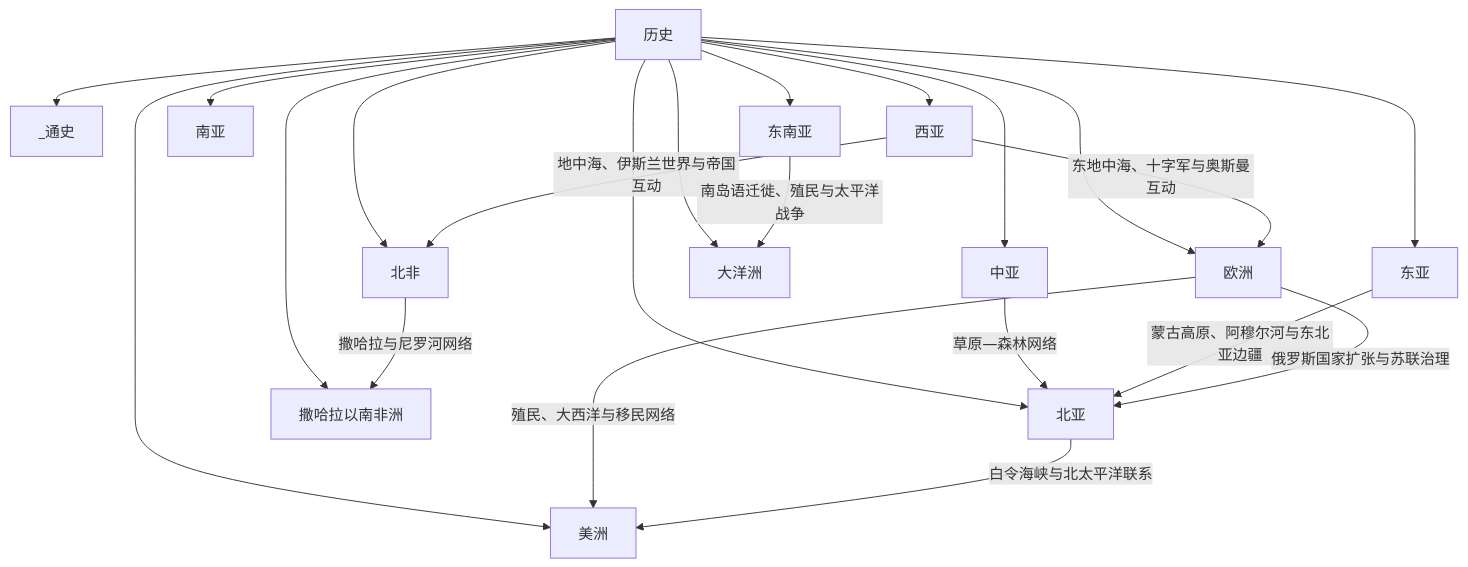
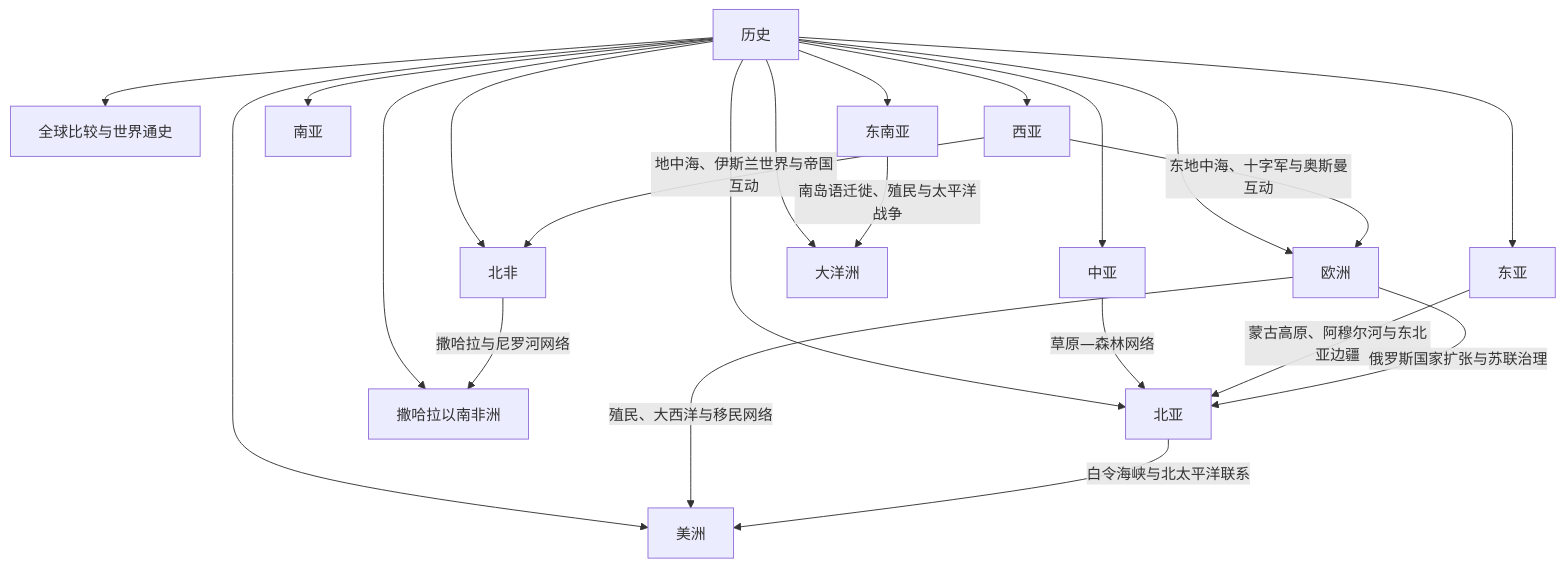
Before and after one commit to tianlan-dev/learning-notes: the diagram in 人文科学/历史/README.md, drawn with Mermaid. The commit also changed other lines of this file and 159 other files, not shown here.

````diff
--- a/人文科学/历史/README.md
+++ b/人文科学/历史/README.md
@@ -15,25 +19,25 @@
 ```mermaid
 flowchart TD
-    World["历史"] --> General["_通史"]
+    World["历史"] --> General["全球比较与世界通史"]
     World --> EastAsia["东亚"]
     World --> SoutheastAsia["东南亚"]
     World --> SouthAsia["南亚"]
     World --> CentralAsia["中亚"]
     World --> NorthAsia["北亚"]
     World --> WestAsia["西亚"]
     World --> NorthAfrica["北非"]
     World --> Europe["欧洲"]
     World --> Africa["撒哈拉以南非洲"]
     World --> Americas["美洲"]
     World --> Oceania["大洋洲"]
 
     WestAsia -->|地中海、伊斯兰世界与帝国互动| NorthAfrica
     WestAsia -->|东地中海、十字军与奥斯曼互动| Europe
     NorthAfrica -->|撒哈拉与尼罗河网络| Africa
     Europe -->|殖民、大西洋与移民网络| Americas
     SoutheastAsia -->|南岛语迁徙、殖民与太平洋战争| Oceania
     CentralAsia -->|草原—森林网络| NorthAsia
     EastAsia -->|蒙古高原、阿穆尔河与东北亚边疆| NorthAsia
     Europe -->|俄罗斯国家扩张与苏联治理| NorthAsia
     NorthAsia -->|白令海峡与北太平洋联系| Americas
 ```
````
